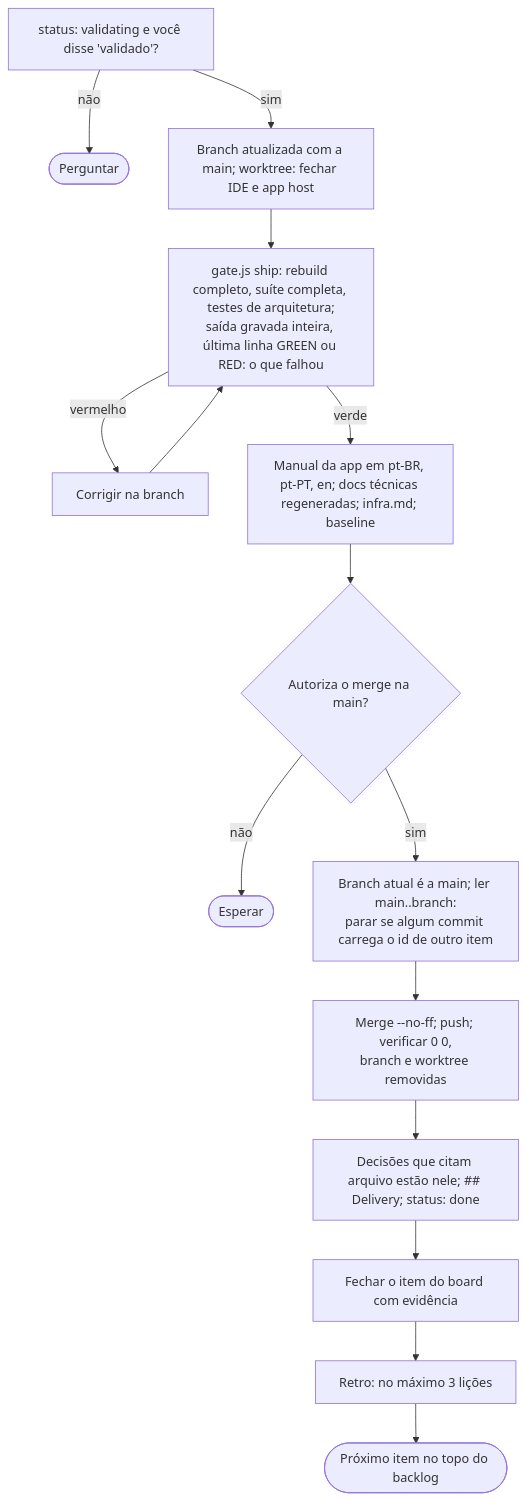
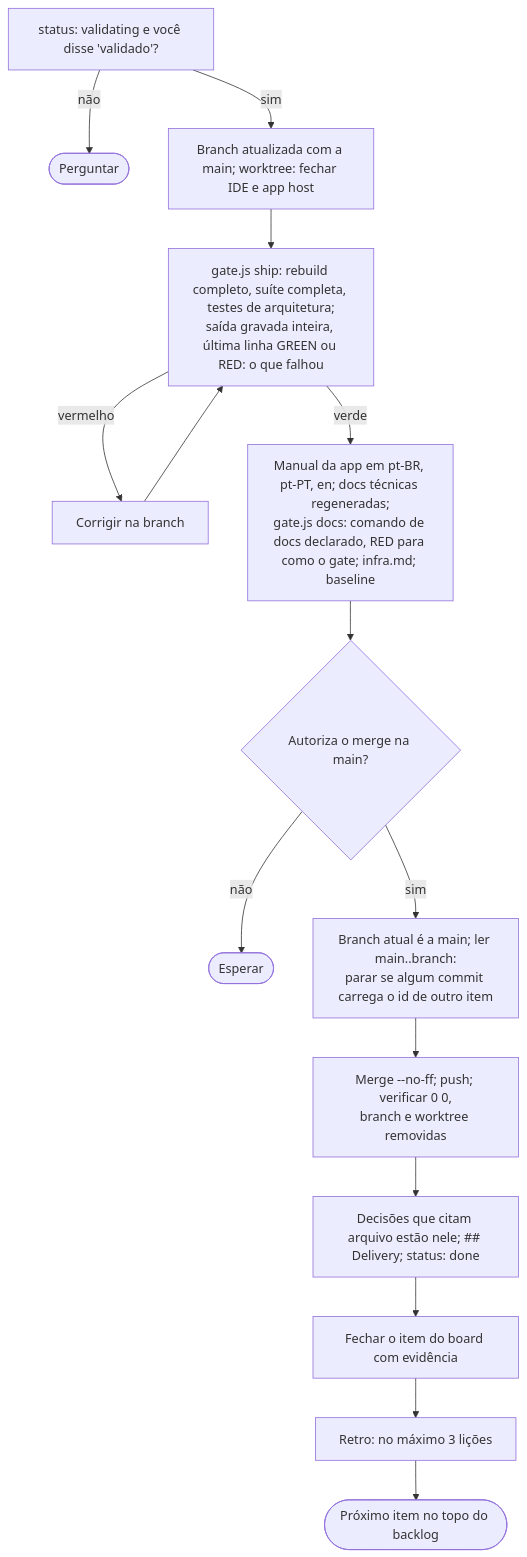
One commit to alexcanario/simulab changed diagram 12 of 18 in docs/agile/workflow.pt-BR.md. Above: the diagram before and after it, drawn with Mermaid. The commit also changed other lines of this file and 7 other files, not shown here.

````diff
--- a/docs/agile/workflow.pt-BR.md
+++ b/docs/agile/workflow.pt-BR.md
@@ -1326,17 +1359,17 @@
 ```mermaid
 flowchart TD
     A["status: validating e você disse 'validado'?"] -->|não| A1(["Perguntar"])
     A -->|sim| B["Branch atualizada com a main; worktree: fechar IDE e app host"]
     B --> C["gate.js ship: rebuild completo, suíte completa, testes de arquitetura;<br/>saída gravada inteira, última linha GREEN ou RED: o que falhou"]
     C -->|vermelho| C1["Corrigir na branch"]
     C1 --> C
-    C -->|verde| D["Manual da app em pt-BR, pt-PT, en; docs técnicas regeneradas; infra.md; baseline"]
+    C -->|verde| D["Manual da app em pt-BR, pt-PT, en; docs técnicas regeneradas;<br/>gate.js docs: comando de docs declarado, RED para como o gate; infra.md; baseline"]
     D --> E{"Autoriza o merge na main?"}
     E -->|não| E1(["Esperar"])
     E -->|sim| E2["Branch atual é a main; ler main..branch:<br/>parar se algum commit carrega o id de outro item"]
     E2 --> F["Merge --no-ff; push; verificar 0 0,<br/>branch e worktree removidas"]
     F --> G["Decisões que citam arquivo estão nele; ## Delivery; status: done"]
     G --> H["Fechar o item do board com evidência"]
     H --> I["Retro: no máximo 3 lições"]
     I --> J(["Próximo item no topo do backlog"])
 ```
````
